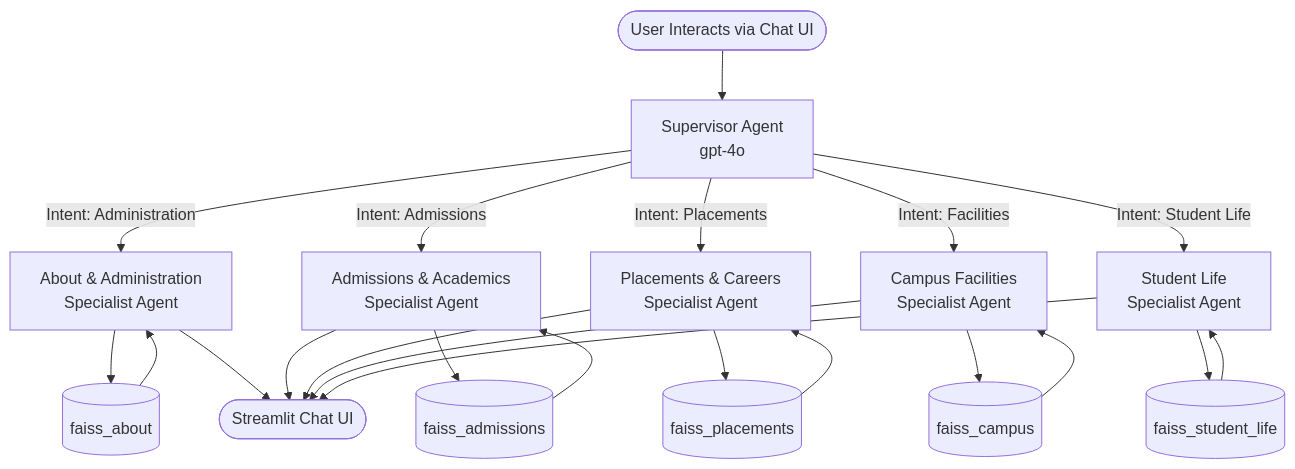
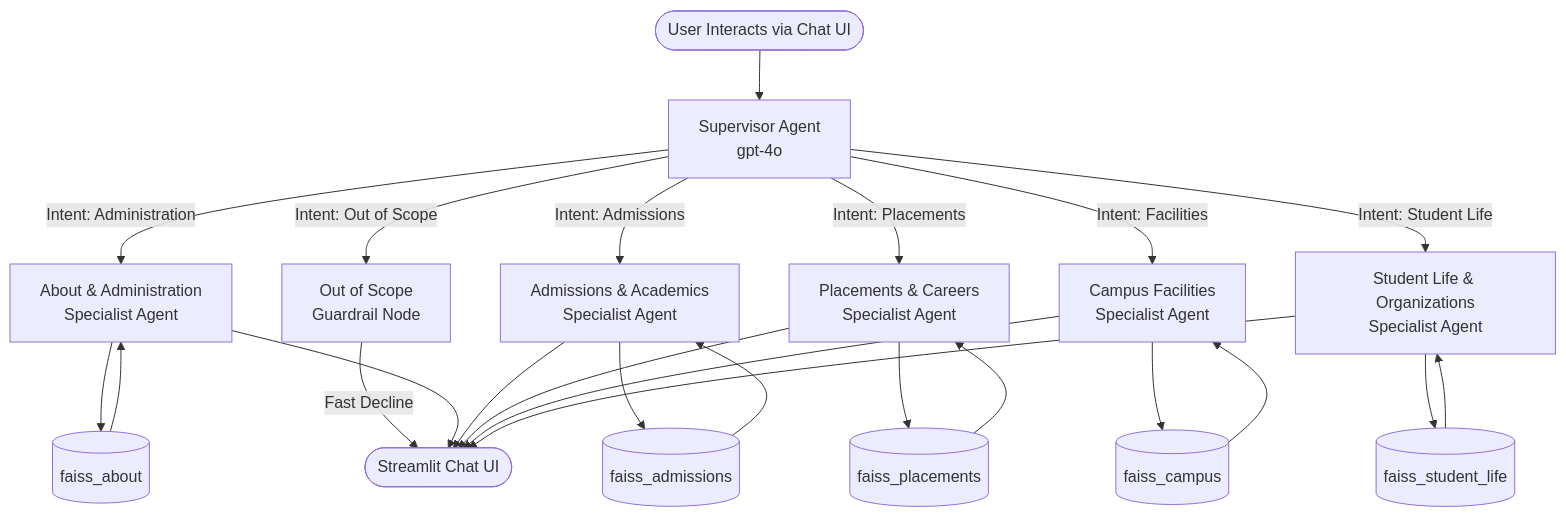
One commit to Sync-Co/vvit_helpdesk_agent changed the diagram in architecture.md. Above: the diagram before and after it, drawn with Mermaid. The commit also changed other lines of this file and 3 other files, not shown here.

Commit message:
Docs Update: Align project markdown files with v2.0 Multi-Agent RAG architecture

````diff
--- a/architecture.md
+++ b/architecture.md
@@ -11,31 +11,33 @@
 ```mermaid
 graph TD
     UserQuery([User Interacts via Chat UI]) --> Supervisor[Supervisor Agent<br>gpt-4o]
     
     %% Intent Routing
     Supervisor -- Intent: Administration --> Admin[About & Administration<br>Specialist Agent]
     Supervisor -- Intent: Admissions --> Admissions[Admissions & Academics<br>Specialist Agent]
     Supervisor -- Intent: Placements --> Placements[Placements & Careers<br>Specialist Agent]
     Supervisor -- Intent: Facilities --> Facilities[Campus Facilities<br>Specialist Agent]
-    Supervisor -- Intent: Student Life --> StudentLife[Student Life<br>Specialist Agent]
+    Supervisor -- Intent: Student Life --> StudentLife[Student Life & Organizations<br>Specialist Agent]
+    Supervisor -- Intent: Out of Scope --> OOS[Out of Scope<br>Guardrail Node]
     
     %% FAISS Retrieval
     Admin --> Index1[(faiss_about)]
     Admissions --> Index2[(faiss_admissions)]
     Placements --> Index3[(faiss_placements)]
     Facilities --> Index4[(faiss_campus)]
     StudentLife --> Index5[(faiss_student_life)]
     
     Index1 --> Admin
     Index2 --> Admissions
     Index3 --> Placements
     Index4 --> Facilities
     Index5 --> StudentLife
     
-    %% Streamlit Sink
-    Admin --> Output([Streamlit Chat UI])
+    %% Interaction Layer
+    OOS -- "Fast Decline" --> Output([Streamlit Chat UI])
+    Admin --> Output
     Admissions --> Output
     Placements --> Output
     Facilities --> Output
     StudentLife --> Output
 ```
````
